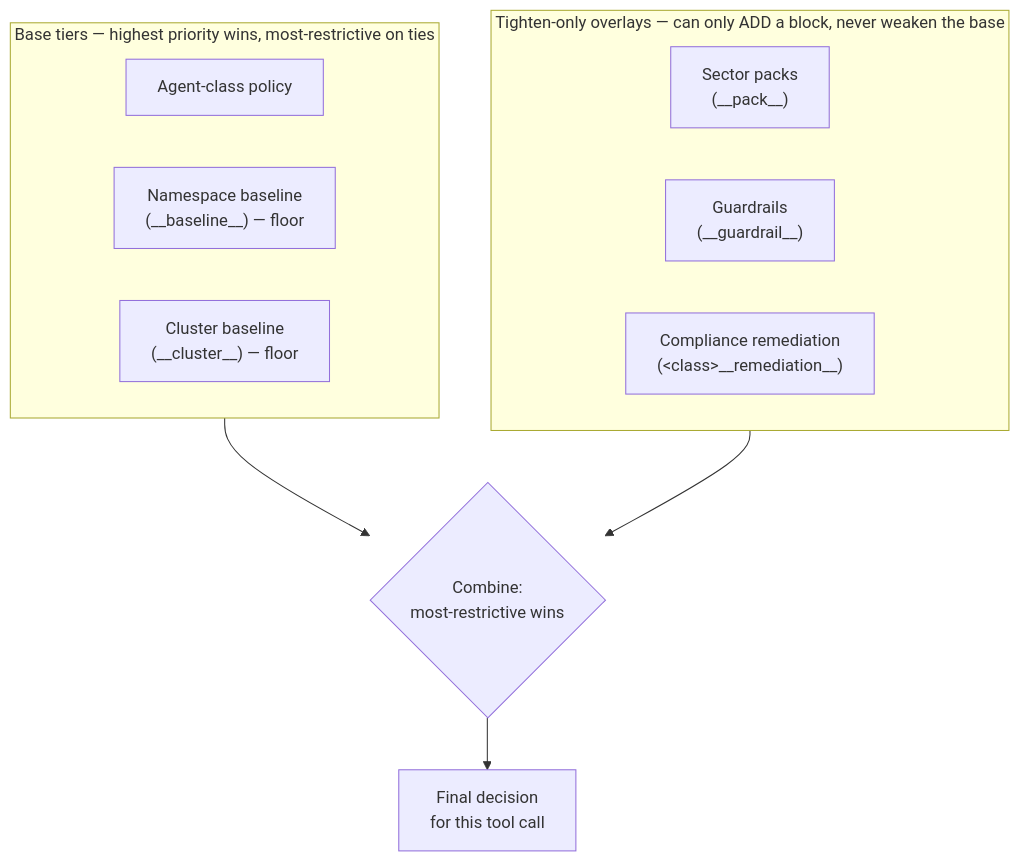
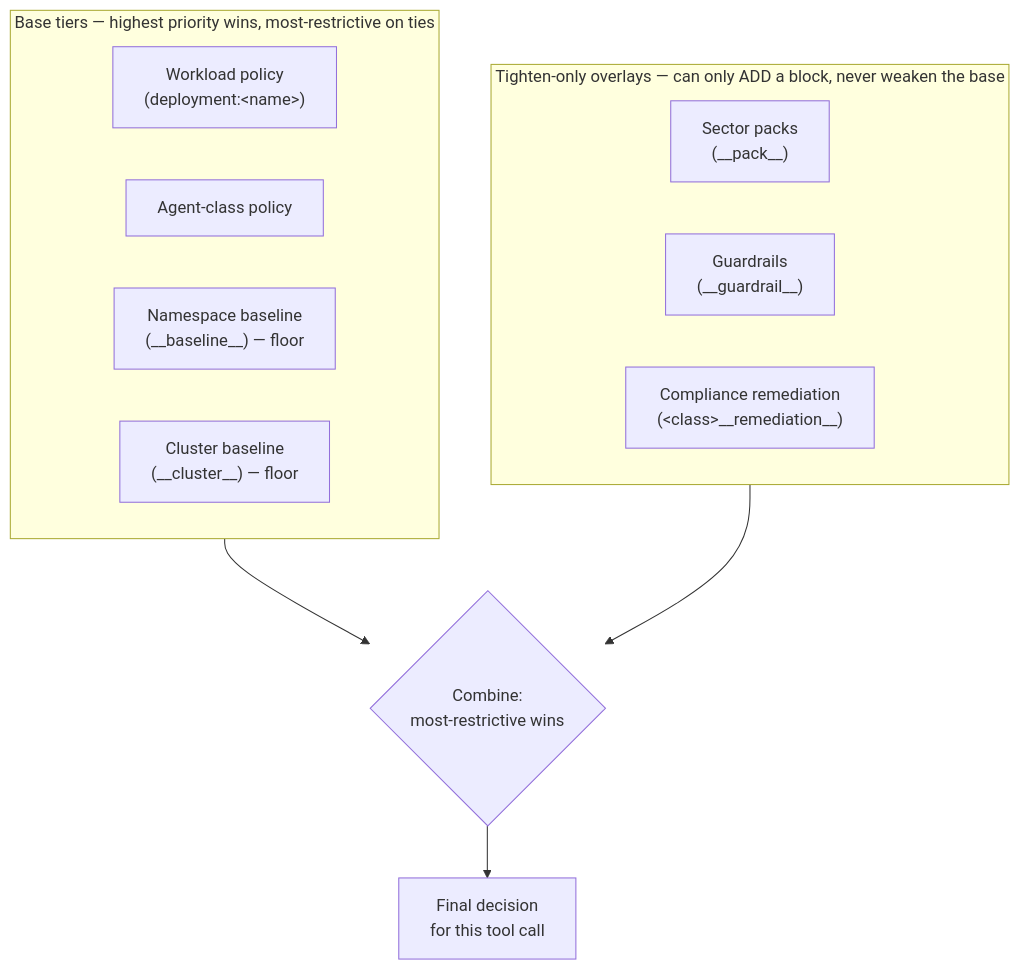
The second of 2 diagrams in docs/concepts.md (norviq-dev/norviq), drawn with Mermaid before and after one commit. The commit also changed other lines of this file and 35 other files, not shown here.

````diff
--- a/docs/concepts.md
+++ b/docs/concepts.md
@@ -147,16 +151,17 @@
 ```mermaid
 flowchart TB
     subgraph base["Base tiers — highest priority wins, most-restrictive on ties"]
+        wl["Workload policy<br/>(deployment:&lt;name&gt;)"]
         cls["Agent-class policy"]
         nsb["Namespace baseline<br/>(__baseline__) — floor"]
         clb["Cluster baseline<br/>(__cluster__) — floor"]
     end
     subgraph ov["Tighten-only overlays — can only ADD a block, never weaken the base"]
         pack["Sector packs<br/>(__pack__)"]
         guard["Guardrails<br/>(__guardrail__)"]
         rem["Compliance remediation<br/>(&lt;class&gt;__remediation__)"]
     end
     base --> M{"Combine:<br/>most-restrictive wins"}
     ov --> M
     M --> D["Final decision<br/>for this tool call"]
 ```
````
